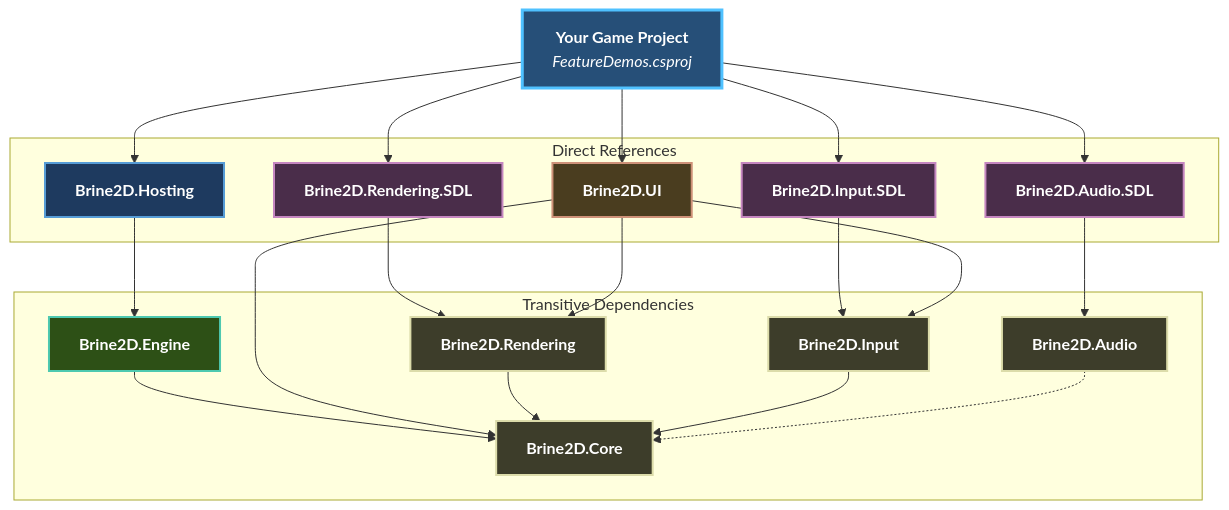
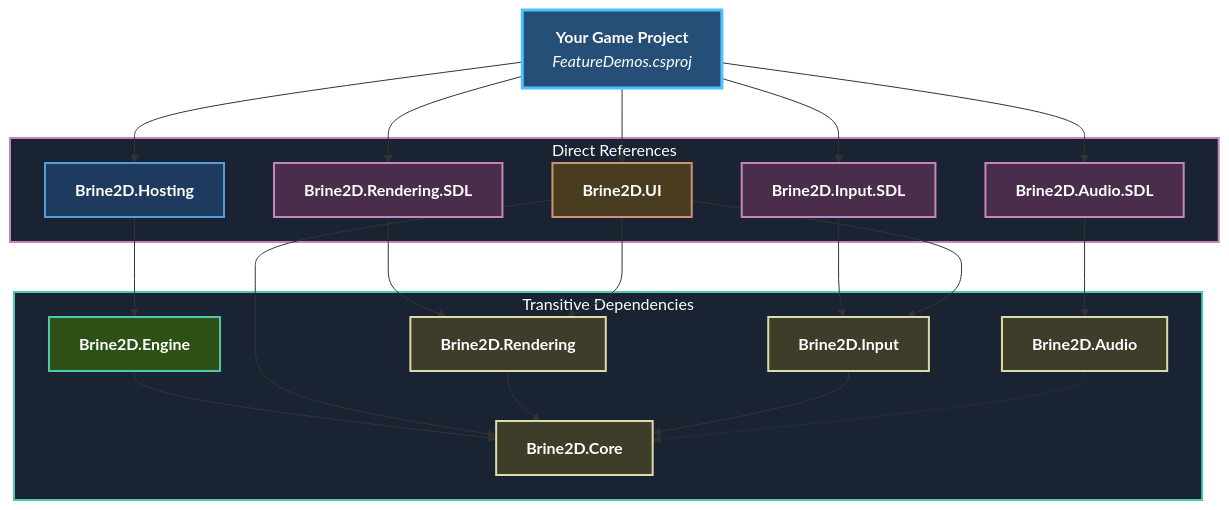
The diagram in docs/getting-started/project-structure.md (CrazyPickleStudios/Brine2D-Documentation), drawn with Mermaid before and after one commit. The commit also changed 17 other files, not shown here.

````diff
--- a/docs/getting-started/project-structure.md
+++ b/docs/getting-started/project-structure.md
@@ -12,52 +12,54 @@
 ```mermaid
 graph TB
     Game["<b>Your Game Project</b><br/><i>FeatureDemos.csproj</i>"]
     
-    subgraph "Direct References"
+    subgraph Direct["Direct References"]
         Hosting["<b>Brine2D.Hosting</b>"]
         RenderingSDL["<b>Brine2D.Rendering.SDL</b>"]
         InputSDL["<b>Brine2D.Input.SDL</b>"]
         AudioSDL["<b>Brine2D.Audio.SDL</b>"]
         UI["<b>Brine2D.UI</b>"]
     end
     
-    subgraph "Transitive Dependencies"
+    subgraph Transitive["Transitive Dependencies"]
         Engine["<b>Brine2D.Engine</b>"]
         Rendering["<b>Brine2D.Rendering</b>"]
         Input["<b>Brine2D.Input</b>"]
         Audio["<b>Brine2D.Audio</b>"]
         Core["<b>Brine2D.Core</b>"]
     end
     
     Game --> Hosting
     Game --> RenderingSDL
     Game --> InputSDL
     Game --> AudioSDL
     Game --> UI
     
     Hosting --> Engine
     Engine --> Core
     
     RenderingSDL --> Rendering
     InputSDL --> Input
     AudioSDL --> Audio
     UI --> Core
     UI --> Rendering
     UI --> Input
     
     Rendering --> Core
     Input --> Core
     Audio -.-> Core
 
-style Game fill:#264f78,stroke:#4fc1ff,stroke-width:3px,color:#fff
-style Hosting fill:#1e3a5f,stroke:#569cd6,stroke-width:2px,color:#fff
-style RenderingSDL fill:#4a2d4a,stroke:#c586c0,stroke-width:2px,color:#fff
-style InputSDL fill:#4a2d4a,stroke:#c586c0,stroke-width:2px,color:#fff
-style AudioSDL fill:#4a2d4a,stroke:#c586c0,stroke-width:2px,color:#fff
-style UI fill:#4a3d1f,stroke:#ce9178,stroke-width:2px,color:#fff
-style Engine fill:#2d5016,stroke:#4ec9b0,stroke-width:2px,color:#fff
-style Rendering fill:#3d3d2a,stroke:#dcdcaa,stroke-width:2px,color:#fff
-style Input fill:#3d3d2a,stroke:#dcdcaa,stroke-width:2px,color:#fff
-style Audio fill:#3d3d2a,stroke:#dcdcaa,stroke-width:2px,color:#fff
-style Core fill:#3d3d2a,stroke:#dcdcaa,stroke-width:2px,color:#fff
+    style Game fill:#264f78,stroke:#4fc1ff,stroke-width:3px,color:#fff
+    style Hosting fill:#1e3a5f,stroke:#569cd6,stroke-width:2px,color:#fff
+    style RenderingSDL fill:#4a2d4a,stroke:#c586c0,stroke-width:2px,color:#fff
+    style InputSDL fill:#4a2d4a,stroke:#c586c0,stroke-width:2px,color:#fff
+    style AudioSDL fill:#4a2d4a,stroke:#c586c0,stroke-width:2px,color:#fff
+    style UI fill:#4a3d1f,stroke:#ce9178,stroke-width:2px,color:#fff
+    style Engine fill:#2d5016,stroke:#4ec9b0,stroke-width:2px,color:#fff
+    style Rendering fill:#3d3d2a,stroke:#dcdcaa,stroke-width:2px,color:#fff
+    style Input fill:#3d3d2a,stroke:#dcdcaa,stroke-width:2px,color:#fff
+    style Audio fill:#3d3d2a,stroke:#dcdcaa,stroke-width:2px,color:#fff
+    style Core fill:#3d3d2a,stroke:#dcdcaa,stroke-width:2px,color:#fff
+    style Direct fill:#1a2332,stroke:#c586c0,stroke-width:2px,color:#fff
+    style Transitive fill:#1a2332,stroke:#4ec9b0,stroke-width:2px,color:#fff
 ```
````
